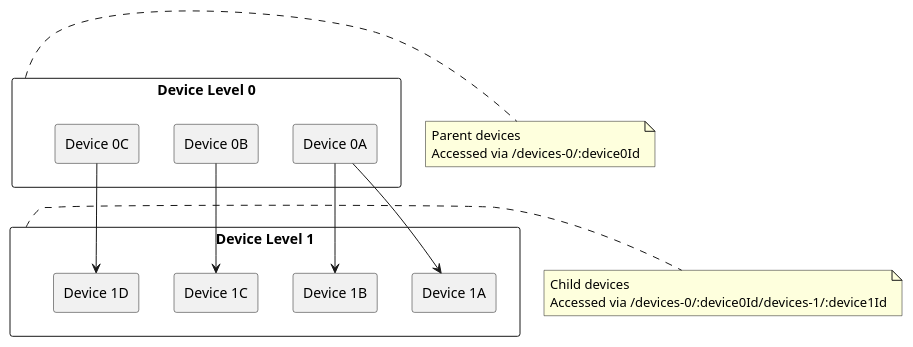
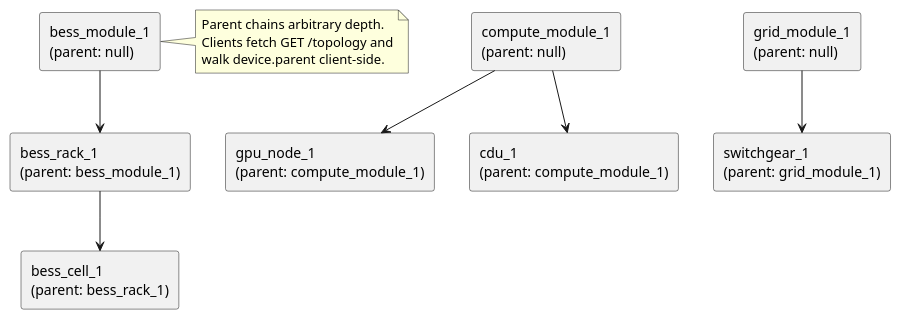
One commit to arcnode-io/ems-device-api changed the first of 3 diagrams in readme.md. Above: the diagram before and after it, drawn with PlantUML. The commit also changed other lines of this file, not shown here.

Commit message:
📝 docs: drop stale /devices-0 endpoints; canonical DTM model
readme described pre-foundation /devices-0/:device0Id and
/devices-0/:device0Id/devices-1/:device1Id endpoints that never
existed in code post-foundation. Replaced with canonical DTM model
per ADR-002 §7: slug-keyed flat devices dict + parent-chain hierarchy
(unbounded depth). Diagram updated to show modules → racks → cells
example. GET /topology description rewritten to match the new shape
(template ref + templates_used[slug].kind, not the old class field).

Per sub-project C2 brainstorm: clients use full-load /topology and
walk parent chains client-side; per-device endpoints deferred until
device counts cross ~1k.

````diff
--- a/readme.md
+++ b/readme.md
@@ -20,29 +18,22 @@
 ```plantuml
-rectangle "Device Level 0" as device0 {
-  rectangle "Device 0A" as d0a
-  rectangle "Device 0B" as d0b
-  rectangle "Device 0C" as d0c
-}
+rectangle "compute_module_1\n(parent: null)" as cm
+rectangle "grid_module_1\n(parent: null)" as gm
+rectangle "bess_module_1\n(parent: null)" as bm
+rectangle "gpu_node_1\n(parent: compute_module_1)" as n1
+rectangle "cdu_1\n(parent: compute_module_1)" as cdu
+rectangle "switchgear_1\n(parent: grid_module_1)" as sw
+rectangle "bess_rack_1\n(parent: bess_module_1)" as br
+rectangle "bess_cell_1\n(parent: bess_rack_1)" as bc
 
-rectangle "Device Level 1" as device1 {
-  rectangle "Device 1A" as d1a
-  rectangle "Device 1B" as d1b
-  rectangle "Device 1C" as d1c
-  rectangle "Device 1D" as d1d
-}
+cm -d-> n1
+cm -d-> cdu
+gm -d-> sw
+bm -d-> br
+br -d-> bc
 
-d0a -d-> d1a
-d0a -d-> d1b
-d0b -d-> d1c
-d0c -d-> d1d
-
-note right of device0
-  Parent devices
-  Accessed via /devices-0/:device0Id
-end note
-
-note right of device1
-  Child devices
-  Accessed via /devices-0/:device0Id/devices-1/:device1Id
+note right of bm
+  Parent chains arbitrary depth.
+  Clients fetch GET /topology and
+  walk device.parent client-side.
 end note
 ```
````
